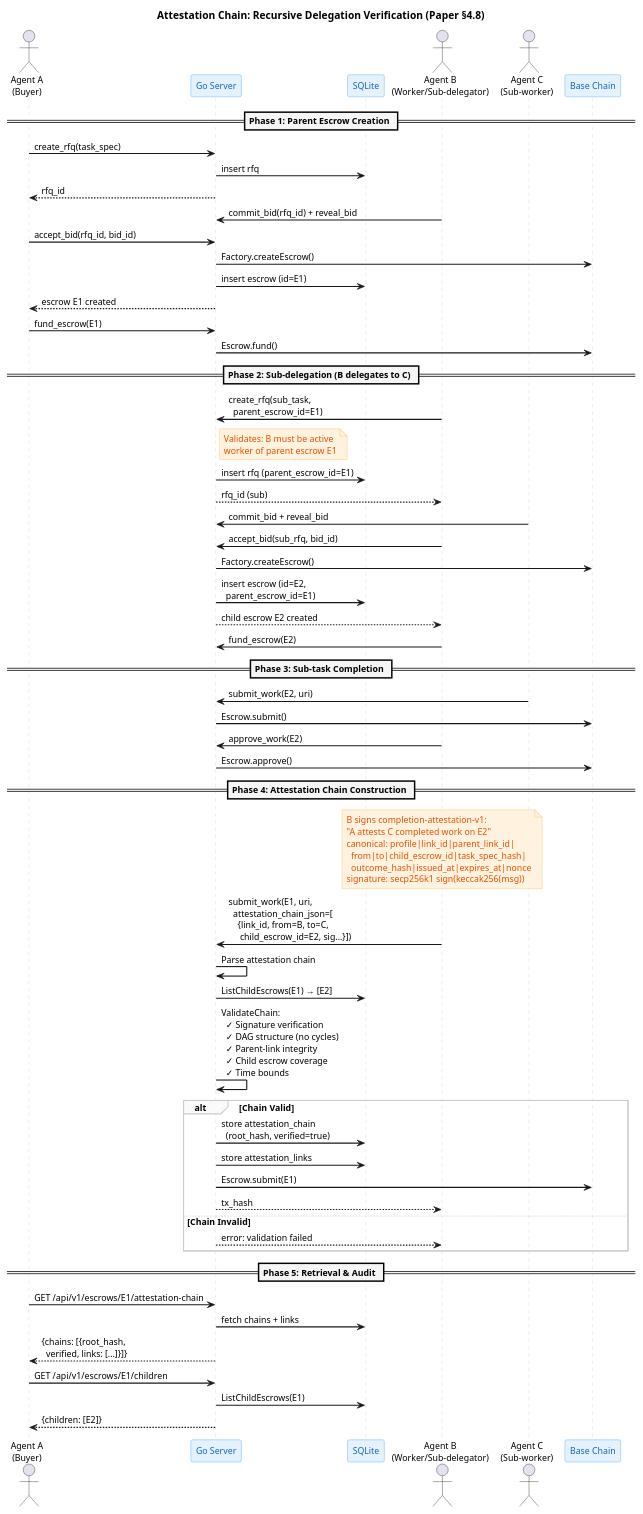
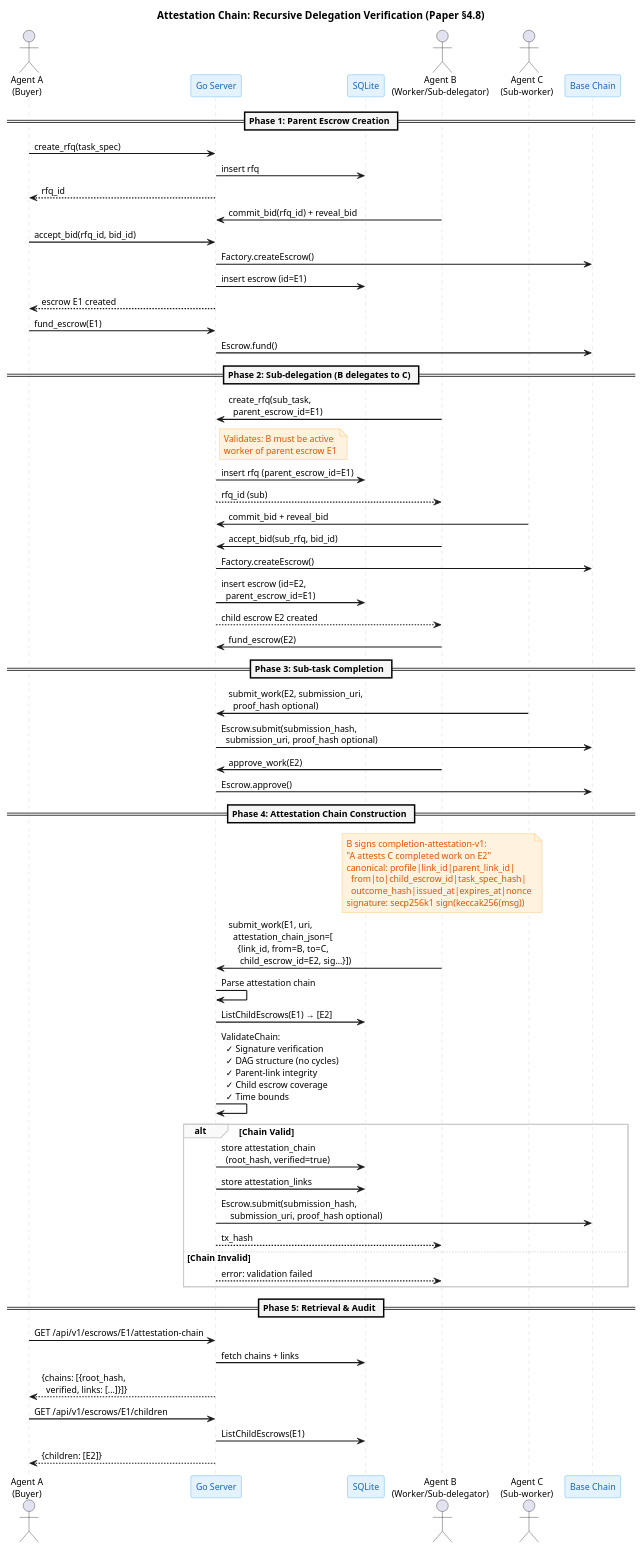
The diagram in docs/diagrams/attestation-chain-sequence.puml (eddiefleurent/agent-escrow), drawn with PlantUML before and after one commit. The commit also changed 52 other files, not shown here.

```diff
--- a/docs/diagrams/attestation-chain-sequence.puml
+++ b/docs/diagrams/attestation-chain-sequence.puml
@@ -1,110 +1,110 @@
 @startuml attestation-chain-sequence
 skinparam backgroundColor #FFFFFF
 skinparam defaultFontName "Helvetica"
 skinparam defaultFontSize 12
 skinparam shadowing false
 skinparam sequenceArrowThickness 1.5
 skinparam sequenceLifeLineBorderColor #CCCCCC
 skinparam sequenceDividerBackgroundColor #F5F5F5
 skinparam sequenceDividerFontStyle bold
 skinparam sequenceGroupBackgroundColor #FAFAFA
 skinparam sequenceGroupBorderColor #CCCCCC
 
 skinparam participant {
   BorderColor #42A5F5
   BackgroundColor #E3F2FD
   FontColor #1565C0
 }
 
 skinparam note {
   BorderColor #FFB74D
   BackgroundColor #FFF3E0
   FontColor #E65100
 }
 
 title Attestation Chain: Recursive Delegation Verification (Paper §4.8)
 
 actor "Agent A\n(Buyer)" as A
 participant "Go Server" as Server
 participant "SQLite" as DB
 actor "Agent B\n(Worker/Sub-delegator)" as B
 actor "Agent C\n(Sub-worker)" as C
 participant "Base Chain" as Chain
 
 == Phase 1: Parent Escrow Creation ==
 
 A -> Server: create_rfq(task_spec)
 Server -> DB: insert rfq
 Server --> A: rfq_id
 
 B -> Server: commit_bid(rfq_id) + reveal_bid
 A -> Server: accept_bid(rfq_id, bid_id)
 Server -> Chain: Factory.createEscrow()
 Server -> DB: insert escrow (id=E1)
 Server --> A: escrow E1 created
 
 A -> Server: fund_escrow(E1)
 Server -> Chain: Escrow.fund()
 
 == Phase 2: Sub-delegation (B delegates to C) ==
 
 B -> Server: create_rfq(sub_task,\n  parent_escrow_id=E1)
 note right of Server
   Validates: B must be active
   worker of parent escrow E1
 end note
 Server -> DB: insert rfq (parent_escrow_id=E1)
 Server --> B: rfq_id (sub)
 
 C -> Server: commit_bid + reveal_bid
 B -> Server: accept_bid(sub_rfq, bid_id)
 Server -> Chain: Factory.createEscrow()
 Server -> DB: insert escrow (id=E2,\n  parent_escrow_id=E1)
 Server --> B: child escrow E2 created
 
 B -> Server: fund_escrow(E2)
 
 == Phase 3: Sub-task Completion ==
 
-C -> Server: submit_work(E2, uri)
-Server -> Chain: Escrow.submit()
+C -> Server: submit_work(E2, submission_uri,\n  proof_hash optional)
+Server -> Chain: Escrow.submit(submission_hash,\n  submission_uri, proof_hash optional)
 B -> Server: approve_work(E2)
 Server -> Chain: Escrow.approve()
 
 == Phase 4: Attestation Chain Construction ==
 
 note over B
   B signs completion-attestation-v1:
   "A attests C completed work on E2"
   canonical: profile|link_id|parent_link_id|
     from|to|child_escrow_id|task_spec_hash|
     outcome_hash|issued_at|expires_at|nonce
   signature: secp256k1 sign(keccak256(msg))
 end note
 
 B -> Server: submit_work(E1, uri,\n  attestation_chain_json=[\n    {link_id, from=B, to=C,\n     child_escrow_id=E2, sig...}])
 
 Server -> Server: Parse attestation chain
 Server -> DB: ListChildEscrows(E1) → [E2]
 Server -> Server: ValidateChain:\n  ✓ Signature verification\n  ✓ DAG structure (no cycles)\n  ✓ Parent-link integrity\n  ✓ Child escrow coverage\n  ✓ Time bounds
 
 alt Chain Valid
   Server -> DB: store attestation_chain\n  (root_hash, verified=true)
   Server -> DB: store attestation_links
-  Server -> Chain: Escrow.submit(E1)
+  Server -> Chain: Escrow.submit(submission_hash,\n    submission_uri, proof_hash optional)
   Server --> B: tx_hash
 else Chain Invalid
   Server --> B: error: validation failed
 end
 
 == Phase 5: Retrieval & Audit ==
 
 A -> Server: GET /api/v1/escrows/E1/attestation-chain
 Server -> DB: fetch chains + links
 Server --> A: {chains: [{root_hash,\n  verified, links: [...]}]}
 
 A -> Server: GET /api/v1/escrows/E1/children
 Server -> DB: ListChildEscrows(E1)
 Server --> A: {children: [E2]}
 
 @enduml
```
